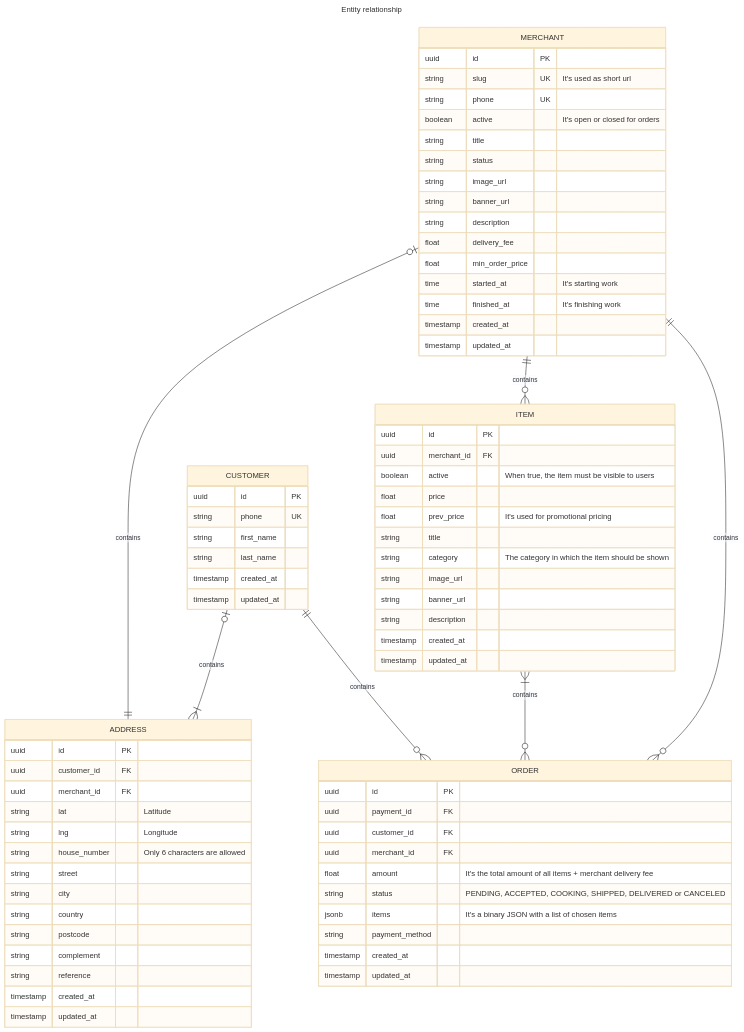
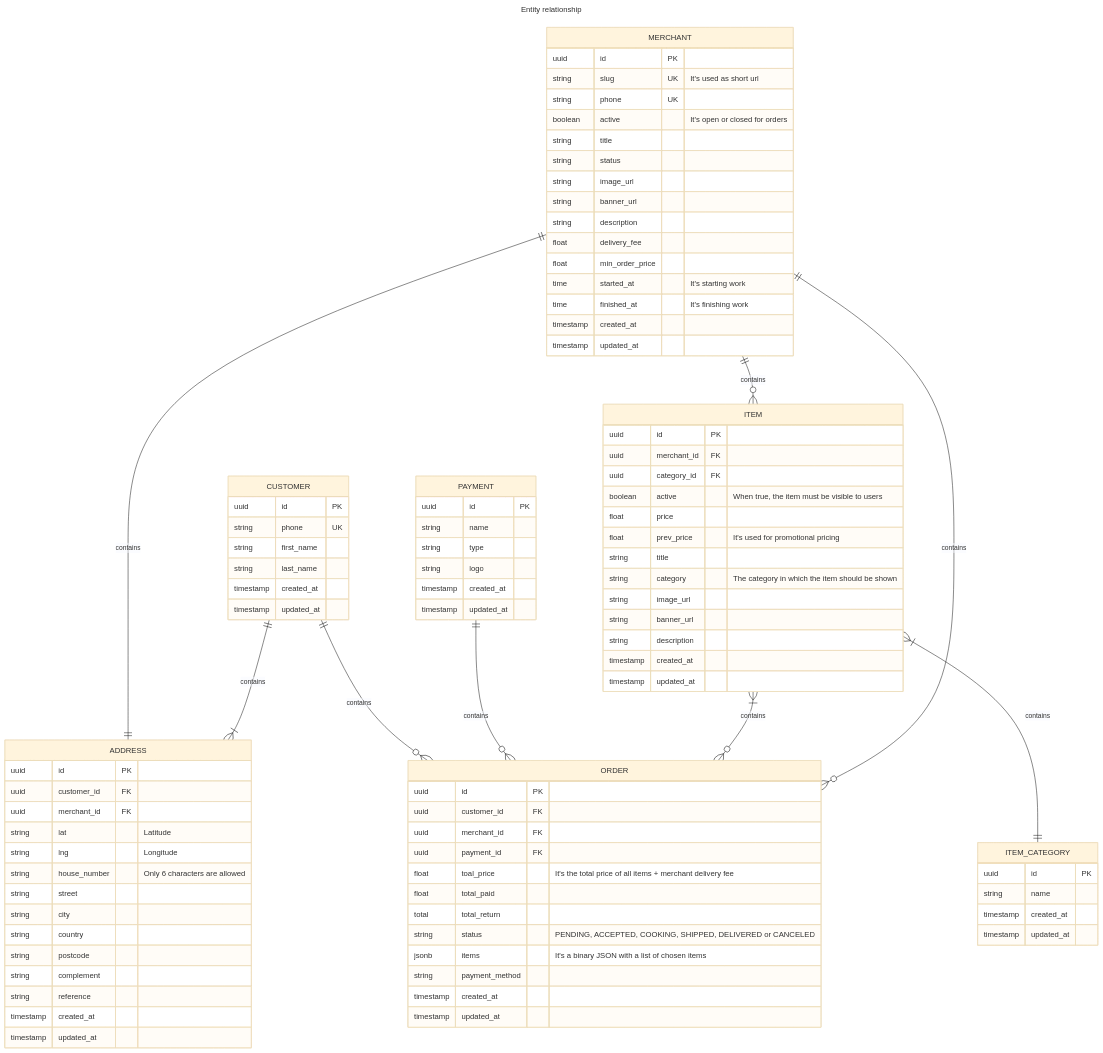
One commit to Daniel0liver/easymenu changed the diagram in docs/entity–relationship.md. Above: the diagram before and after it, drawn with Mermaid (base theme).

Commit message:
docs: update entity relationsip

````diff
--- a/docs/entity–relationship.md
+++ b/docs/entity–relationship.md
@@ -13,12 +13,12 @@
   }
 
   ADDRESS {
-    uuid      id            PK
-    uuid      customer_id   FK
-    uuid      merchant_id   FK
-    string    lat               "Latitude"
-    string    lng               "Longitude"
-    string    house_number      "Only 6 characters are allowed"
+    uuid      id          PK
+    uuid      customer_id FK
+    uuid      merchant_id FK
+    string    lat             "Latitude"
+    string    lng             "Longitude"
+    string    house_number    "Only 6 characters are allowed"
     string    street      
     string    city        
     string    country     
@@ -50,6 +50,7 @@
   ITEM {
     uuid      id            PK
     uuid      merchant_id   FK
+    uuid      category_id   FK
     boolean   active            "When true, the item must be visible to users"
     float     price 
     float     prev_price        "It's used for promotional pricing"
@@ -64,10 +65,12 @@
 
   ORDER {
     uuid      id             PK
-    uuid      payment_id     FK
     uuid      customer_id    FK
     uuid      merchant_id    FK
-    float     amount             "It's the total amount of all items + merchant delivery fee"
+    uuid      payment_id     FK
+    float     toal_price         "It's the total price of all items + merchant delivery fee"
+    float     total_paid
+    total     total_return
     string    status             "PENDING, ACCEPTED, COOKING, SHIPPED, DELIVERED or CANCELED"
     jsonb     items              "It's a binary JSON with a list of chosen items"
     string    payment_method 
@@ -75,11 +78,28 @@
     timestamp updated_at
   }
 
-  MERCHANT  ||--o{  ITEM:     contains
-  MERCHANT  |o--||  ADDRESS:  contains
-  CUSTOMER  ||--o{  ORDER:    contains
-  ITEM      }|--o{  ORDER:    contains
-  MERCHANT  ||--o{  ORDER:    contains
-  CUSTOMER  |o--|{  ADDRESS:  contains
+  PAYMENT {
+    uuid      id           PK
+    string    name
+    string    type
+    string    logo
+    timestamp created_at
+    timestamp updated_at
+  }
 
+  ITEM_CATEGORY {
+    uuid      id             PK
+    string    name
+    timestamp created_at
+    timestamp updated_at
+  }
+
+  MERCHANT  ||--o{  ITEM:           contains
+  MERCHANT  ||--||  ADDRESS:        contains
+  CUSTOMER  ||--o{  ORDER:          contains
+  PAYMENT   ||--o{  ORDER:          contains      
+  ITEM      }|--o{  ORDER:          contains
+  MERCHANT  ||--o{  ORDER:          contains
+  CUSTOMER  ||--|{  ADDRESS:        contains
+  ITEM      }|--||  ITEM_CATEGORY:  contains
 ```
````
